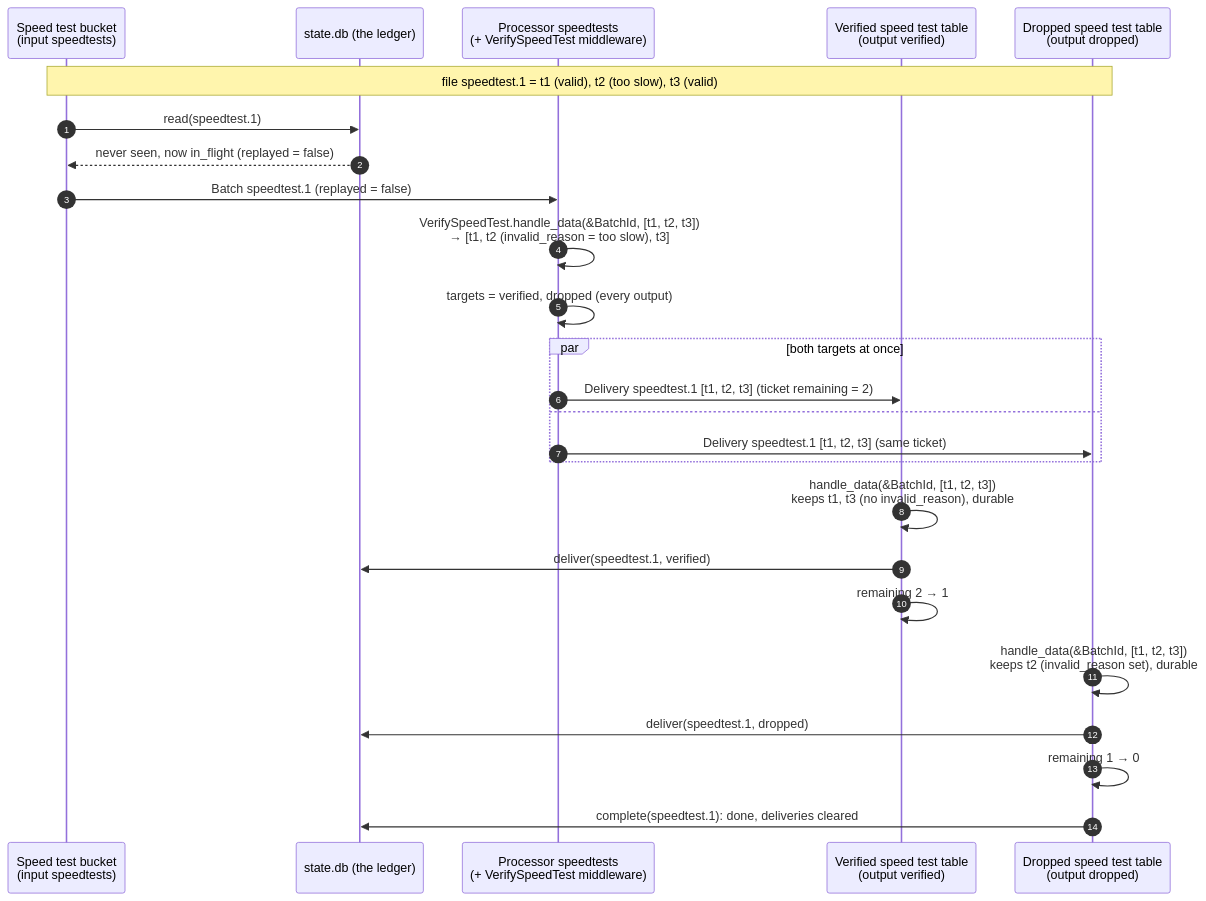
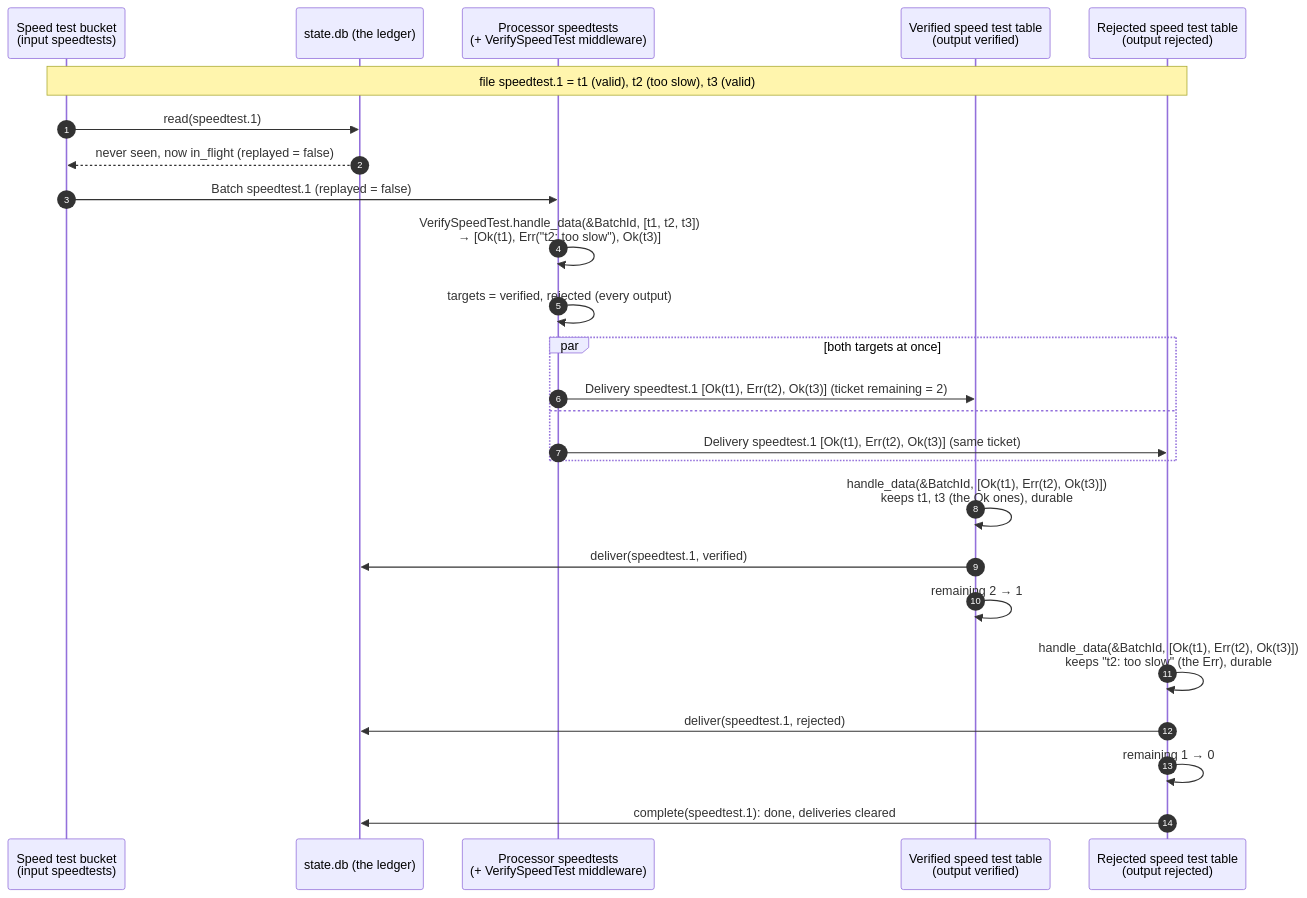
The second of 2 diagrams in glacon-core/README.md (helium/glacon), drawn with Mermaid before and after one commit. The commit also changed other lines of this file and 19 other files, not shown here.

````diff
--- a/glacon-core/README.md
+++ b/glacon-core/README.md
@@ -269,28 +275,28 @@
 ```mermaid
 sequenceDiagram
     autonumber
     participant I as Speed test bucket<br/>(input speedtests)
     participant L as state.db (the ledger)
     participant P as Processor speedtests<br/>(+ VerifySpeedTest middleware)
     participant V as Verified speed test table<br/>(output verified)
-    participant D as Dropped speed test table<br/>(output dropped)
+    participant D as Rejected speed test table<br/>(output rejected)
 
     Note over I,D: file speedtest.1 = t1 (valid), t2 (too slow), t3 (valid)
     I->>L: read(speedtest.1)
     L-->>I: never seen, now in_flight (replayed = false)
     I->>P: Batch speedtest.1 (replayed = false)
-    P->>P: VerifySpeedTest.handle_data(&BatchId, [t1, t2, t3])<br/>→ [t1, t2 (invalid_reason = too slow), t3]
-    P->>P: targets = verified, dropped (every output)
+    P->>P: VerifySpeedTest.handle_data(&BatchId, [t1, t2, t3])<br/>→ [Ok(t1), Err("t2: too slow"), Ok(t3)]
+    P->>P: targets = verified, rejected (every output)
     par both targets at once
-        P->>V: Delivery speedtest.1 [t1, t2, t3] (ticket remaining = 2)
+        P->>V: Delivery speedtest.1 [Ok(t1), Err(t2), Ok(t3)] (ticket remaining = 2)
     and
-        P->>D: Delivery speedtest.1 [t1, t2, t3] (same ticket)
+        P->>D: Delivery speedtest.1 [Ok(t1), Err(t2), Ok(t3)] (same ticket)
     end
-    V->>V: handle_data(&BatchId, [t1, t2, t3])<br/>keeps t1, t3 (no invalid_reason), durable
+    V->>V: handle_data(&BatchId, [Ok(t1), Err(t2), Ok(t3)])<br/>keeps t1, t3 (the Ok ones), durable
     V->>L: deliver(speedtest.1, verified)
     V->>V: remaining 2 → 1
-    D->>D: handle_data(&BatchId, [t1, t2, t3])<br/>keeps t2 (invalid_reason set), durable
-    D->>L: deliver(speedtest.1, dropped)
+    D->>D: handle_data(&BatchId, [Ok(t1), Err(t2), Ok(t3)])<br/>keeps "t2: too slow" (the Err), durable
+    D->>L: deliver(speedtest.1, rejected)
     D->>D: remaining 1 → 0
     D->>L: complete(speedtest.1): done, deliveries cleared
 ```
````
